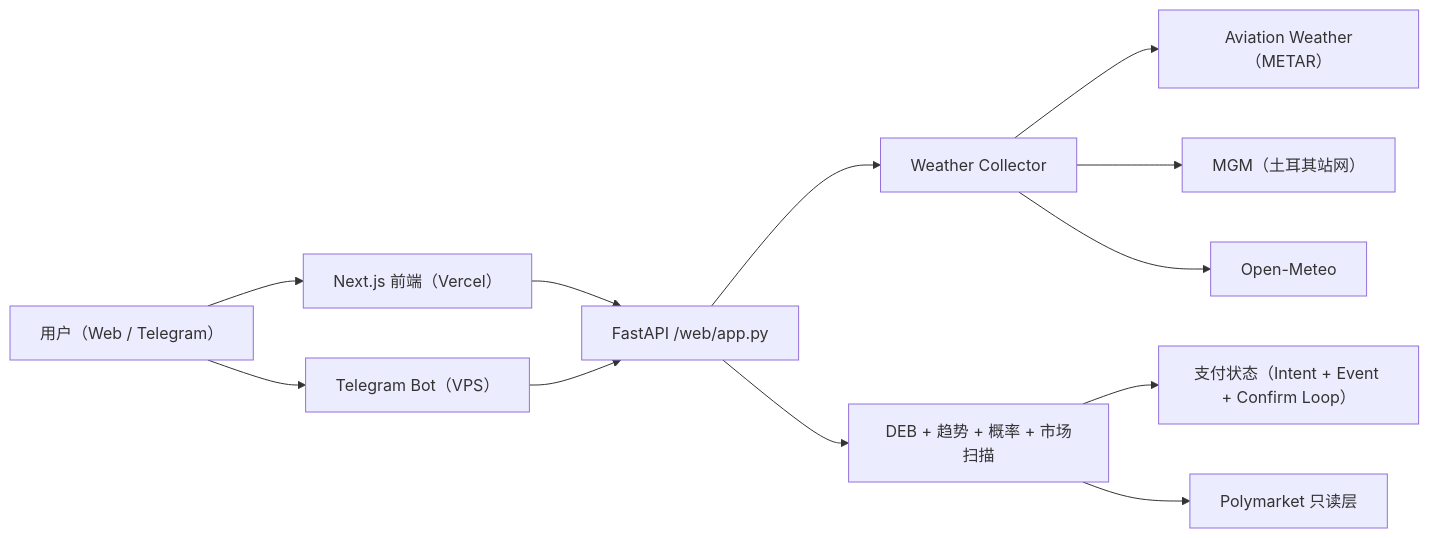
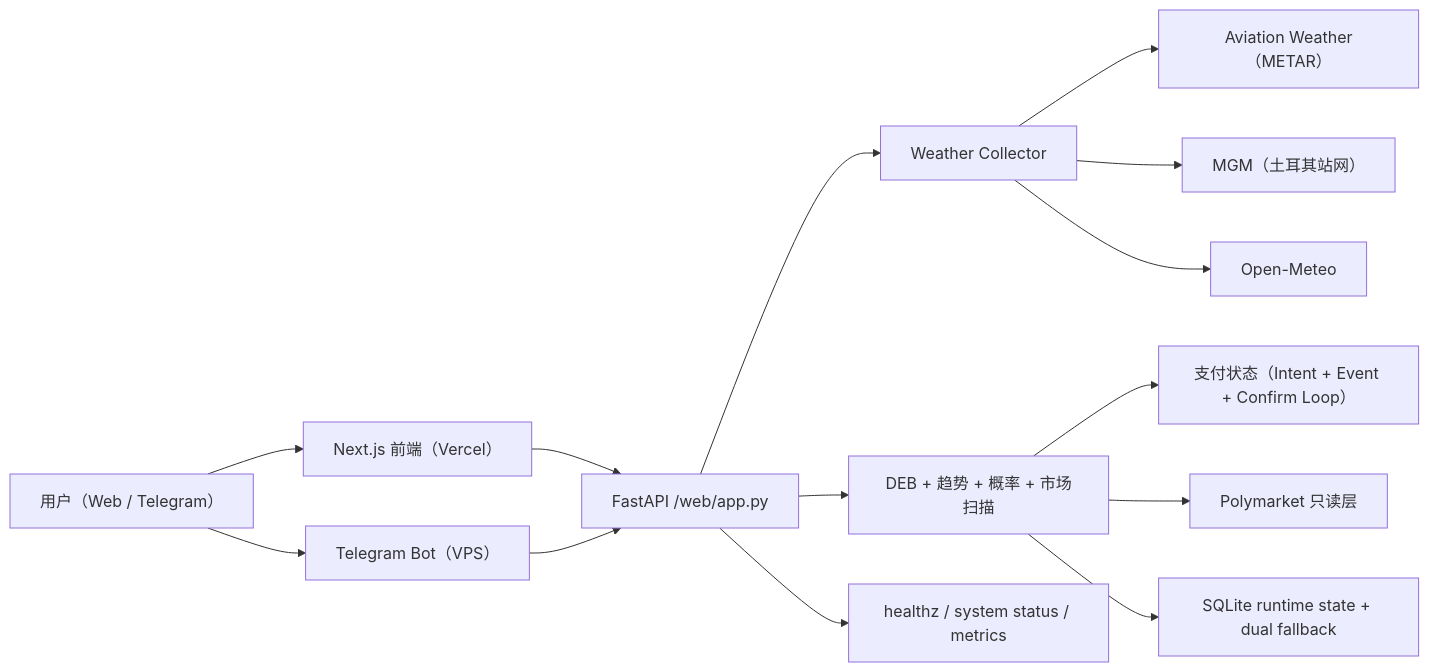
One commit to ivanmladek/PolyWeather changed the diagram in README_ZH.md. Above: the diagram before and after it, drawn with Mermaid. The commit also changed other lines of this file and 6 other files, not shown here.

````diff
--- a/README_ZH.md
+++ b/README_ZH.md
@@ -43,16 +48,18 @@
 ```mermaid
 flowchart LR
     U["用户（Web / Telegram）"] --> FE["Next.js 前端（Vercel）"]
     U --> BOT["Telegram Bot（VPS）"]
     FE --> API["FastAPI /web/app.py"]
     BOT --> API
 
     API --> WX["Weather Collector"]
     WX --> METAR["Aviation Weather（METAR）"]
     WX --> MGM["MGM（土耳其站网）"]
     WX --> OM["Open-Meteo"]
 
     API --> ANA["DEB + 趋势 + 概率 + 市场扫描"]
     ANA --> PAY["支付状态（Intent + Event + Confirm Loop）"]
     ANA --> PM["Polymarket 只读层"]
+    API --> OBS["healthz / system status / metrics"]
+    ANA --> STATE["SQLite runtime state + dual fallback"]
 ```
````
